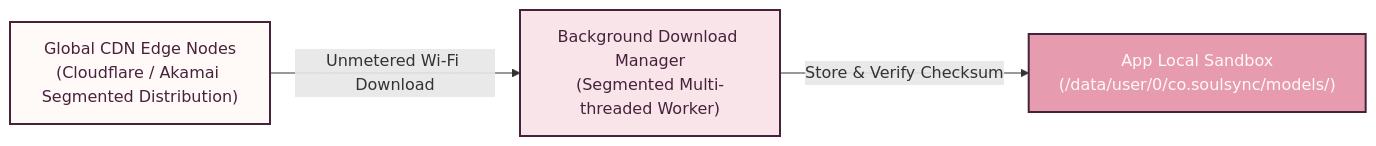
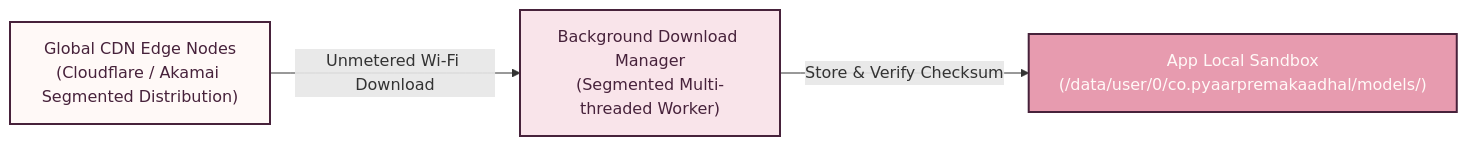
The first of 2 diagrams in docs/system-design/07-scaling-and-tradeoffs.md (Kanishkar843/Team-CodeRed-System-Design-IQOO), drawn with Mermaid before and after one commit. The commit also changed other lines of this file and 13 other files, not shown here.

````diff
--- a/docs/system-design/07-scaling-and-tradeoffs.md
+++ b/docs/system-design/07-scaling-and-tradeoffs.md
@@ -25,9 +25,9 @@
 ```mermaid
 flowchart LR
     classDef cdn fill:#FFF9F7,stroke:#47223B,stroke-width:2px,color:#47223B;
     classDef client fill:#F9E4EA,stroke:#47223B,stroke-width:2px,color:#47223B;
     classDef storage fill:#E79BAF,stroke:#47223B,stroke-width:2px,color:#FFF9F7;
 
     CDN["Global CDN Edge Nodes<br/>(Cloudflare / Akamai Segmented Distribution)"]:::cdn -->|Unmetered Wi-Fi Download| Worker["Background Download Manager<br/>(Segmented Multi-threaded Worker)"]:::client
-    Worker -->|Store & Verify Checksum| Sandbox["App Local Sandbox<br/>(/data/user/0/co.soulsync/models/)"]:::storage
+    Worker -->|Store & Verify Checksum| Sandbox["App Local Sandbox<br/>(/data/user/0/co.pyaarpremakaadhal/models/)"]:::storage
 ```
````
